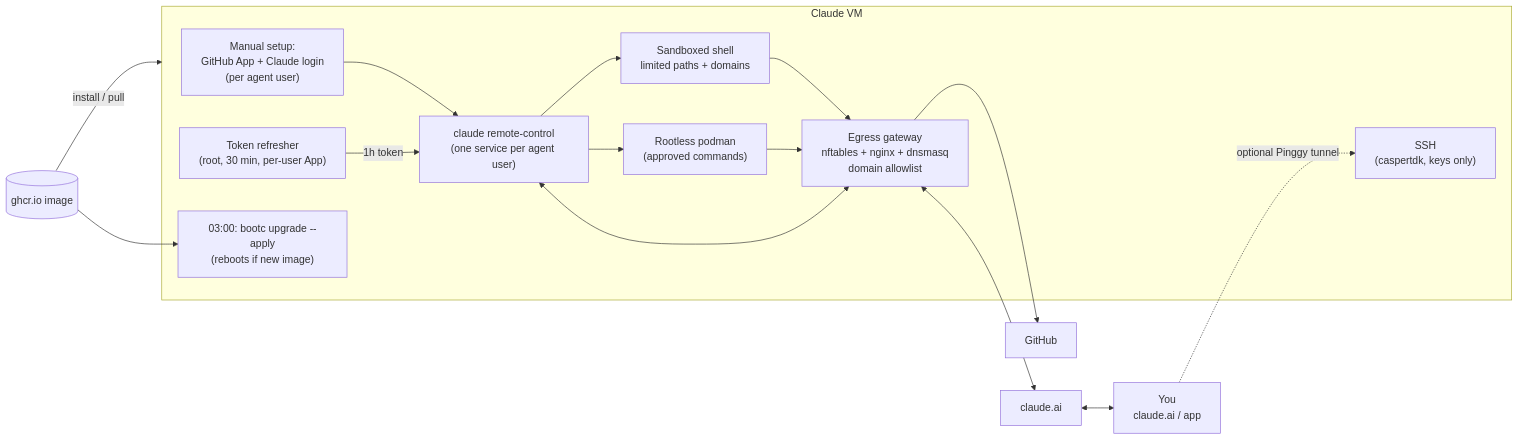
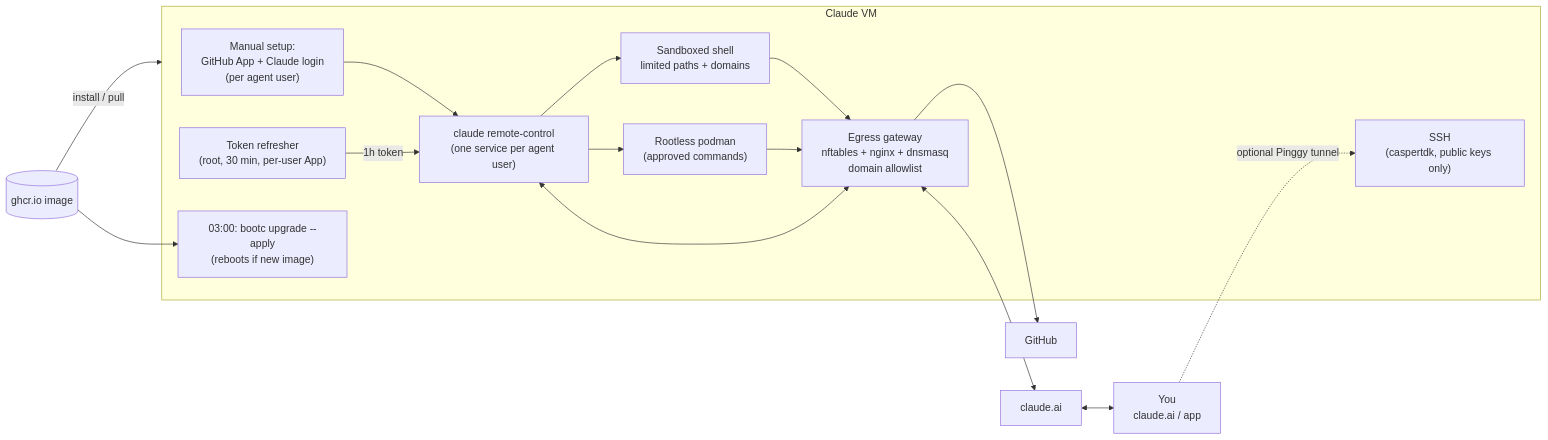
One commit to cthtrifork/homeserver-bootc changed the diagram in docs/claude-vm/README.md. Above: the diagram before and after it, drawn with Mermaid.

Commit message:
Update SSH description to specify public keys only

````diff
--- a/docs/claude-vm/README.md
+++ b/docs/claude-vm/README.md
@@ -18,32 +18,32 @@
 ```mermaid
 flowchart LR
     REG[("ghcr.io image")]
     YOU["You<br/>claude.ai / app"]
     ANTH["claude.ai"]
     GH["GitHub"]
 
     subgraph VM["Claude VM"]
         SETUP["Manual setup:<br/>GitHub App + Claude login<br/>(per agent user)"]
         RC["claude remote-control<br/>(one service per agent user)"]
         SB["Sandboxed shell<br/>limited paths + domains"]
         POD["Rootless podman<br/>(approved commands)"]
         GW["Egress gateway<br/>nftables + nginx + dnsmasq<br/>domain allowlist"]
         TOK["Token refresher<br/>(root, 30 min, per-user App)"]
         UPD["03:00: bootc upgrade --apply<br/>(reboots if new image)"]
-        SSH["SSH<br/>(caspertdk, keys only)"]
+        SSH["SSH<br/>(caspertdk, public keys only)"]
     end
 
     REG -->|install / pull| VM
     SETUP --> RC
     TOK -->|"1h token"| RC
     RC --> SB
     RC --> POD
     SB --> GW
     POD --> GW
     RC <--> GW
     GW --> GH
     GW <--> ANTH
     ANTH <--> YOU
     REG --> UPD
     YOU -.->|"optional Pinggy tunnel"| SSH
 ```
````
